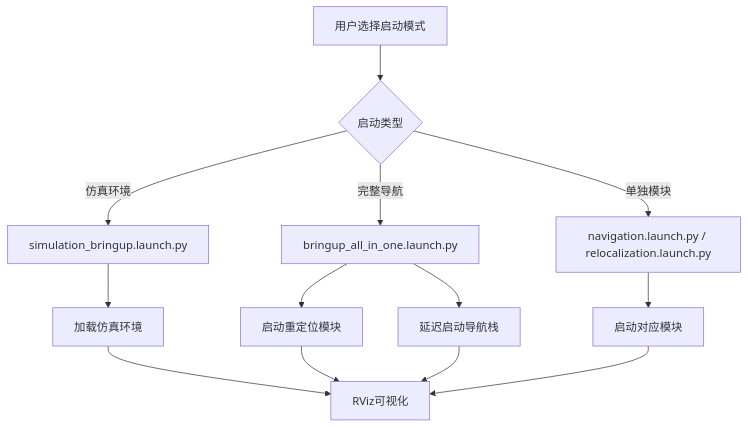
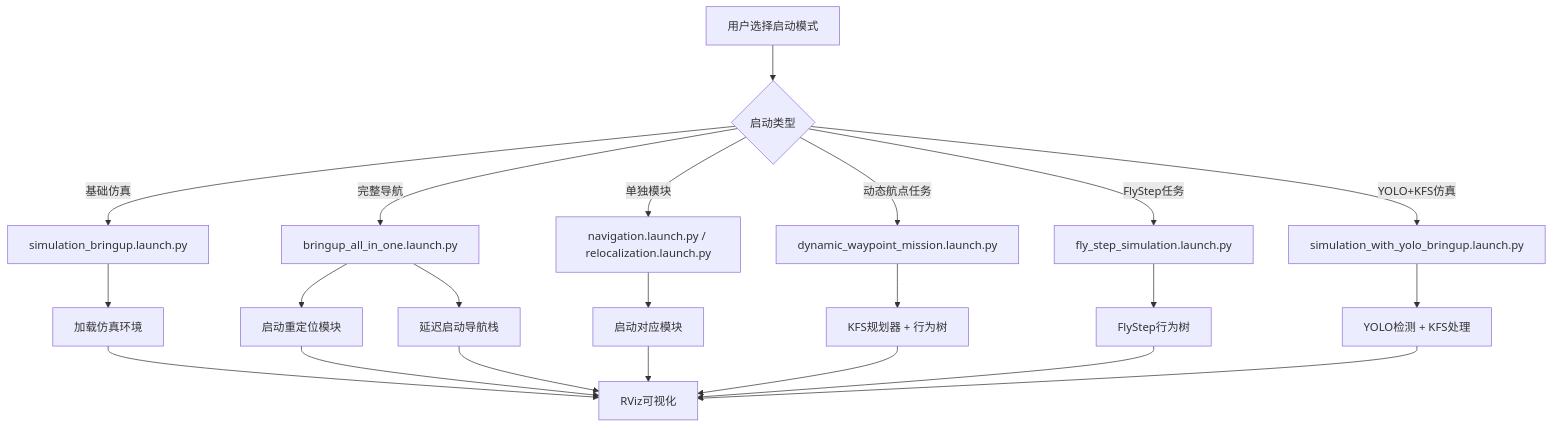
One commit to OH1412/SCURC_Nav_Sim changed the diagram in src/robot_functionality/r2_bringup/README.md. Above: the diagram before and after it, drawn with Mermaid. The commit also changed other lines of this file and 5 other files, not shown here.

````diff
--- a/src/robot_functionality/r2_bringup/README.md
+++ b/src/robot_functionality/r2_bringup/README.md
@@ -56,17 +68,26 @@
 ```mermaid
 graph TD
     A[用户选择启动模式] --> B{启动类型}
-    B -->|仿真环境| C[simulation_bringup.launch.py]
+    B -->|基础仿真| C[simulation_bringup.launch.py]
     B -->|完整导航| D[bringup_all_in_one.launch.py]
     B -->|单独模块| E[navigation.launch.py / relocalization.launch.py]
+    B -->|动态航点任务| F[dynamic_waypoint_mission.launch.py]
+    B -->|FlyStep任务| G[fly_step_simulation.launch.py]
+    B -->|YOLO+KFS仿真| H[simulation_with_yolo_bringup.launch.py]
 
-    C --> F[加载仿真环境]
-    D --> G[启动重定位模块]
-    D --> H[延迟启动导航栈]
-    E --> I[启动对应模块]
+    C --> I[加载仿真环境]
+    D --> J[启动重定位模块]
+    D --> K[延迟启动导航栈]
+    E --> L[启动对应模块]
+    F --> M[KFS规划器 + 行为树]
+    G --> N[FlyStep行为树]
+    H --> O[YOLO检测 + KFS处理]
 
-    F --> J[RViz可视化]
-    G --> J
-    H --> J
-    I --> J
+    I --> P[RViz可视化]
+    J --> P
+    K --> P
+    L --> P
+    M --> P
+    N --> P
+    O --> P
 ```
````
